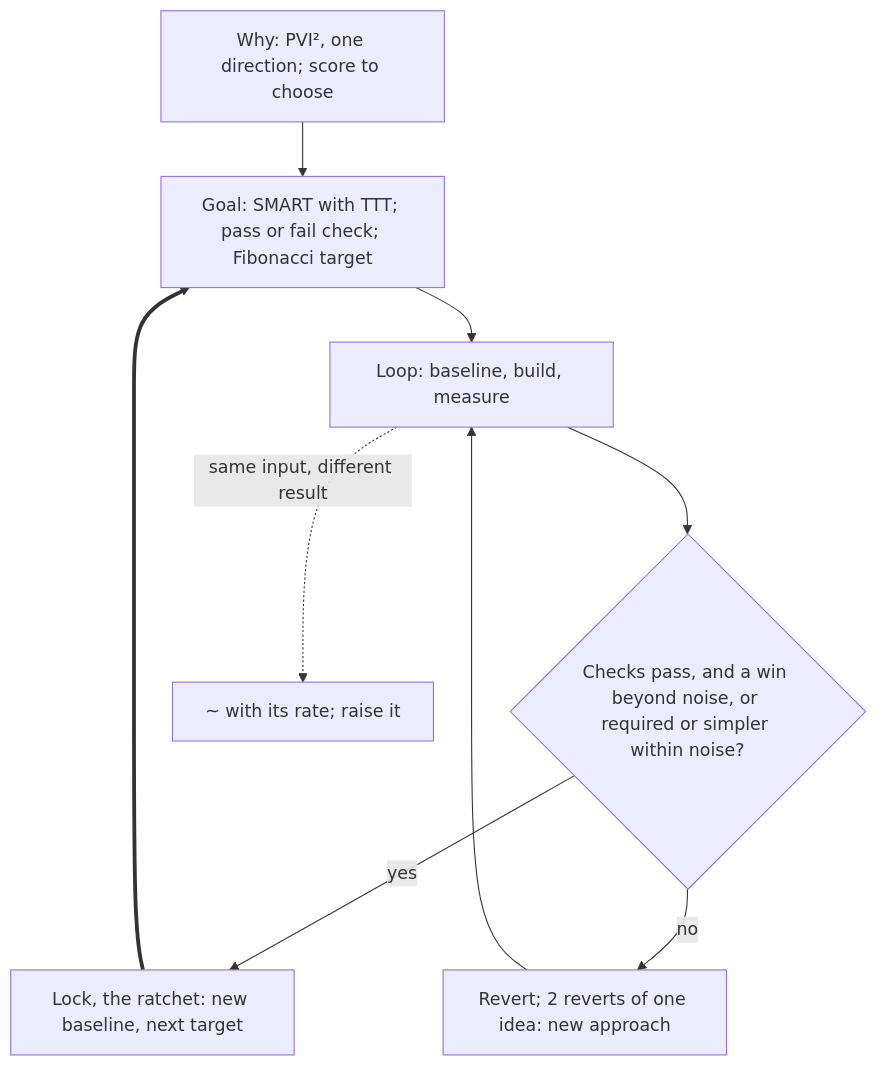
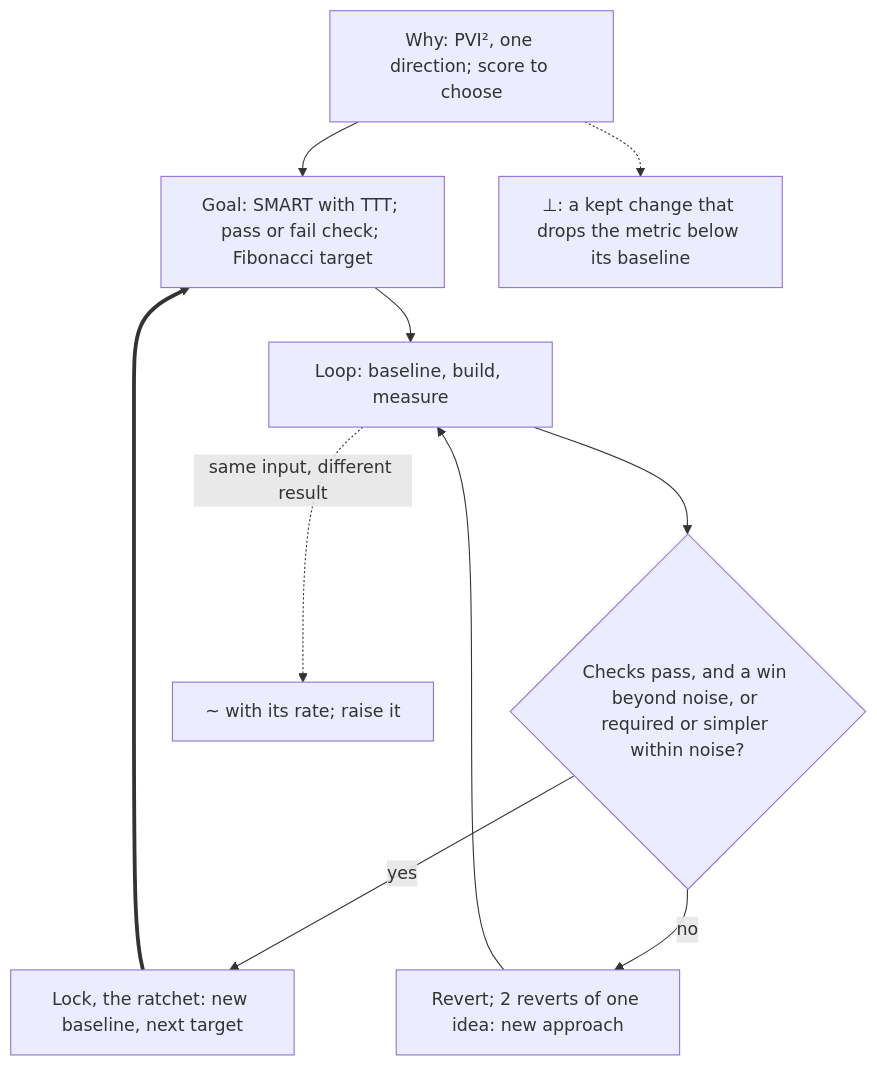
The seventh of 14 diagrams in AGENTS.md (SolenixAI/arbiter), drawn with Mermaid before and after one commit. The commit also changed other lines of this file, not shown here.

Commit message:
docs(agents): every section names its contradiction event

````diff
--- a/AGENTS.md
+++ b/AGENTS.md
@@ -328,10 +349,11 @@
 ```mermaid
 flowchart TD
   W["Why: PVI², one direction; score to choose"] --> G["Goal: SMART with TTT; pass or fail check; Fibonacci target"]
   G --> B["Loop: baseline, build, measure"]
   B --> K{"Checks pass, and a win beyond noise, or required or simpler within noise?"}
   K -->|yes| L["Lock, the ratchet: new baseline, next target"]
   L ==> G
   K -->|no| R["Revert; 2 reverts of one idea: new approach"] --> B
   B -.->|same input, different result| Z["~ with its rate; raise it"]
+  W -.-> BOT["⊥: a kept change that drops the metric below its baseline"]
 ```
````
